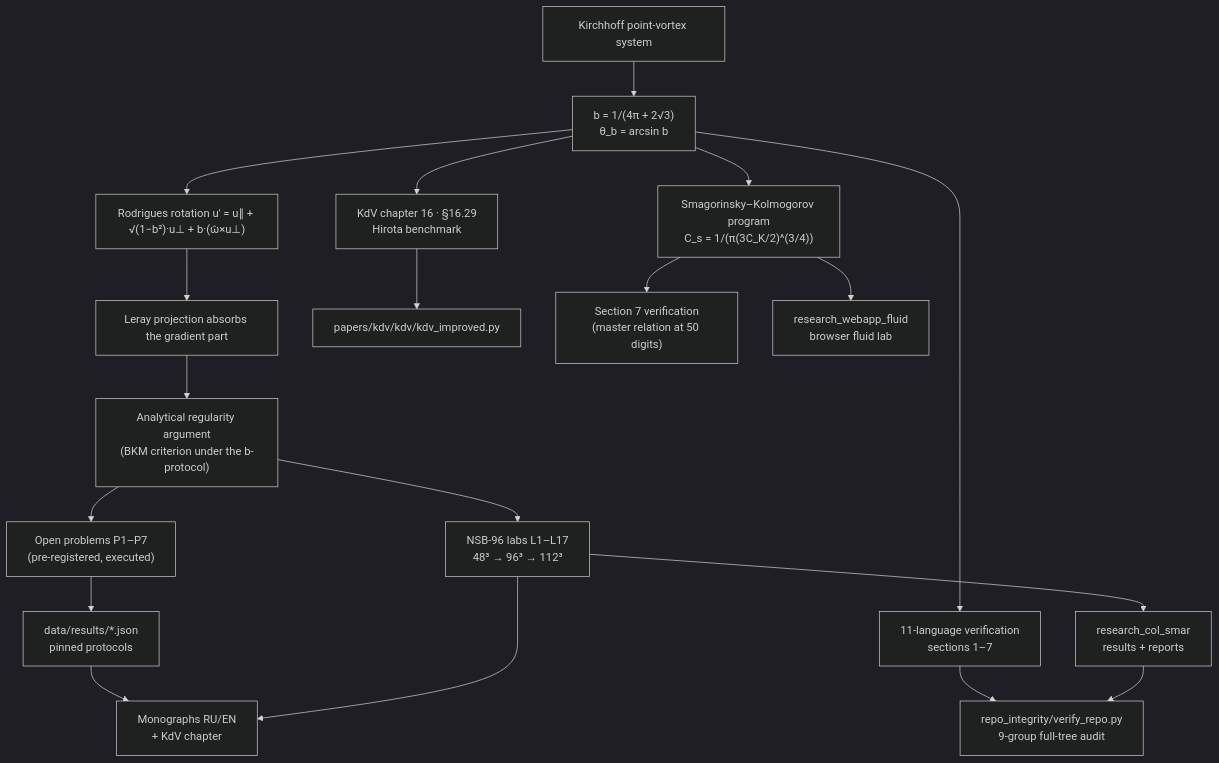
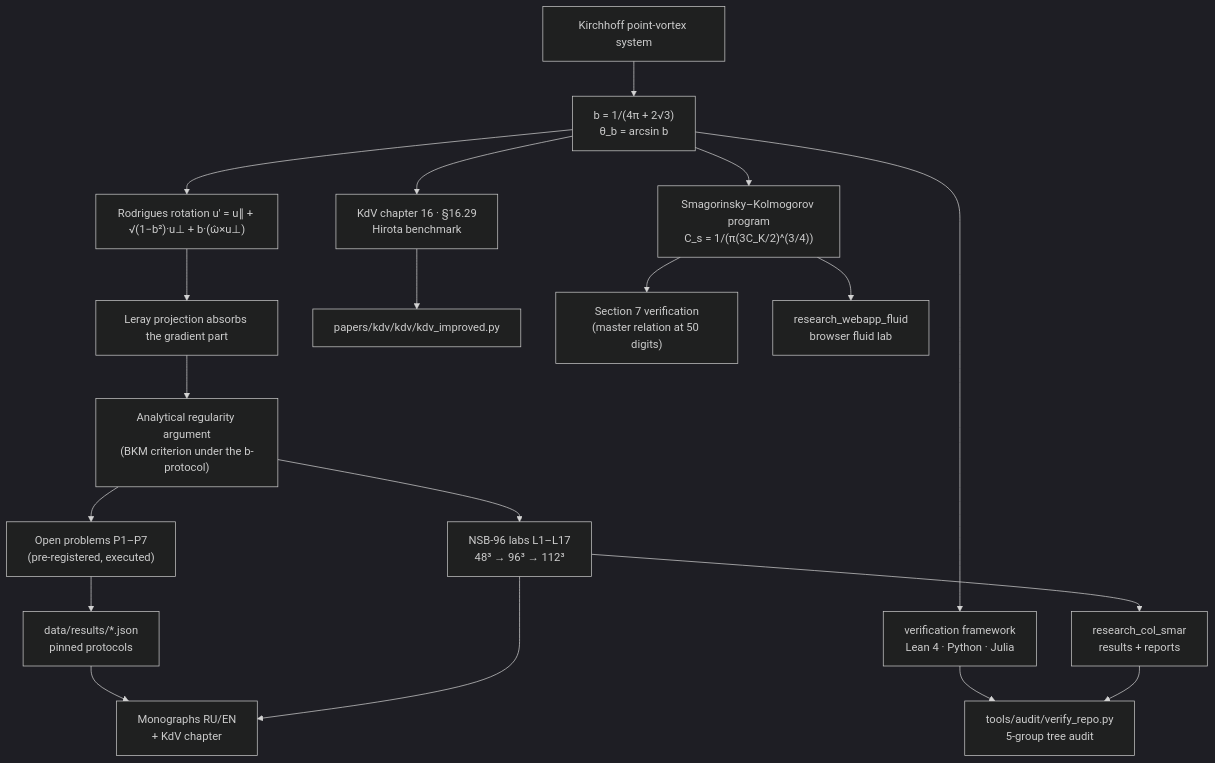
One commit to wild8highlander/navier-stokes-b changed the diagram in README.md. Above: the diagram before and after it, drawn with Mermaid (dark theme). The commit also changed other lines of this file and 56 other files, not shown here.

````diff
--- a/README.md
+++ b/README.md
@@ -447,25 +450,25 @@
 ```mermaid
 flowchart TD
     K["Kirchhoff point-vortex system"] --> B["b = 1/(4π + 2√3)<br/>θ_b = arcsin b"]
     B --> R["Rodrigues rotation u′ = u∥ + √(1−b²)·u⊥ + b·(ω̂×u⊥)"]
     R --> L["Leray projection absorbs the gradient part"]
     L --> REG["Analytical regularity argument<br/>(BKM criterion under the b-protocol)"]
 
-    B --> V["11-language verification<br/>sections 1–7"]
+    B --> V["verification framework<br/>Lean 4 · Python · Julia"]
     REG --> P["Open problems P1–P7<br/>(pre-registered, executed)"]
     P --> DATA["data/results/*.json<br/>pinned protocols"]
     REG --> NSB["NSB-96 labs L1–L17<br/>48³ → 96³ → 112³"]
     NSB --> COL["research_col_smar<br/>results + reports"]
 
     B --> KDV["KdV chapter 16 · §16.29<br/>Hirota benchmark"]
     KDV --> KP["papers/kdv/kdv/kdv_improved.py"]
 
     B --> SK["Smagorinsky–Kolmogorov program<br/>C_s = 1/(π(3C_K/2)^(3/4))"]
     SK --> S7["Section 7 verification<br/>(master relation at 50 digits)"]
     SK --> WEB["research_webapp_fluid<br/>browser fluid lab"]
 
     DATA --> MONO["Monographs RU/EN<br/>+ KdV chapter"]
     NSB --> MONO
-    V --> INT["repo_integrity/verify_repo.py<br/>9-group full-tree audit"]
+    V --> INT["tools/audit/verify_repo.py<br/>5-group tree audit"]
     COL --> INT
 ```
````
